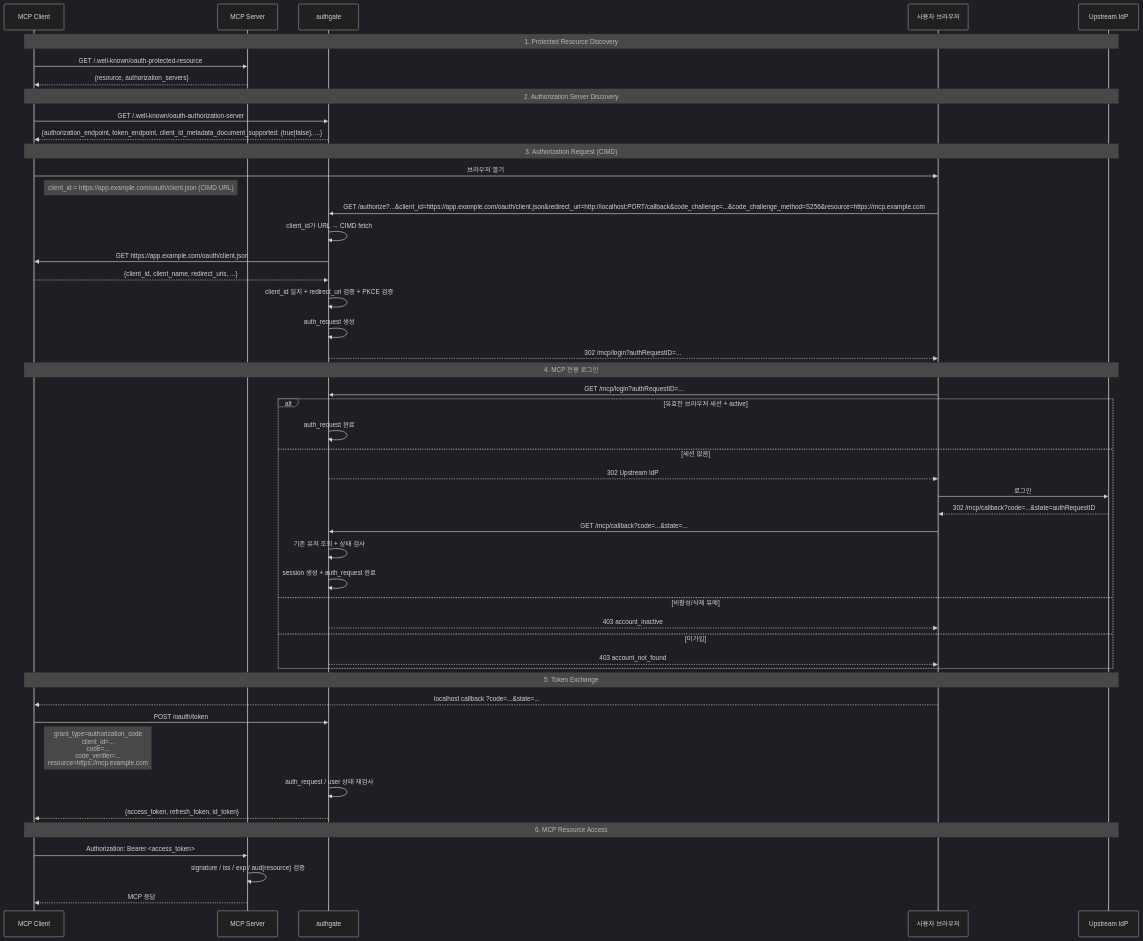
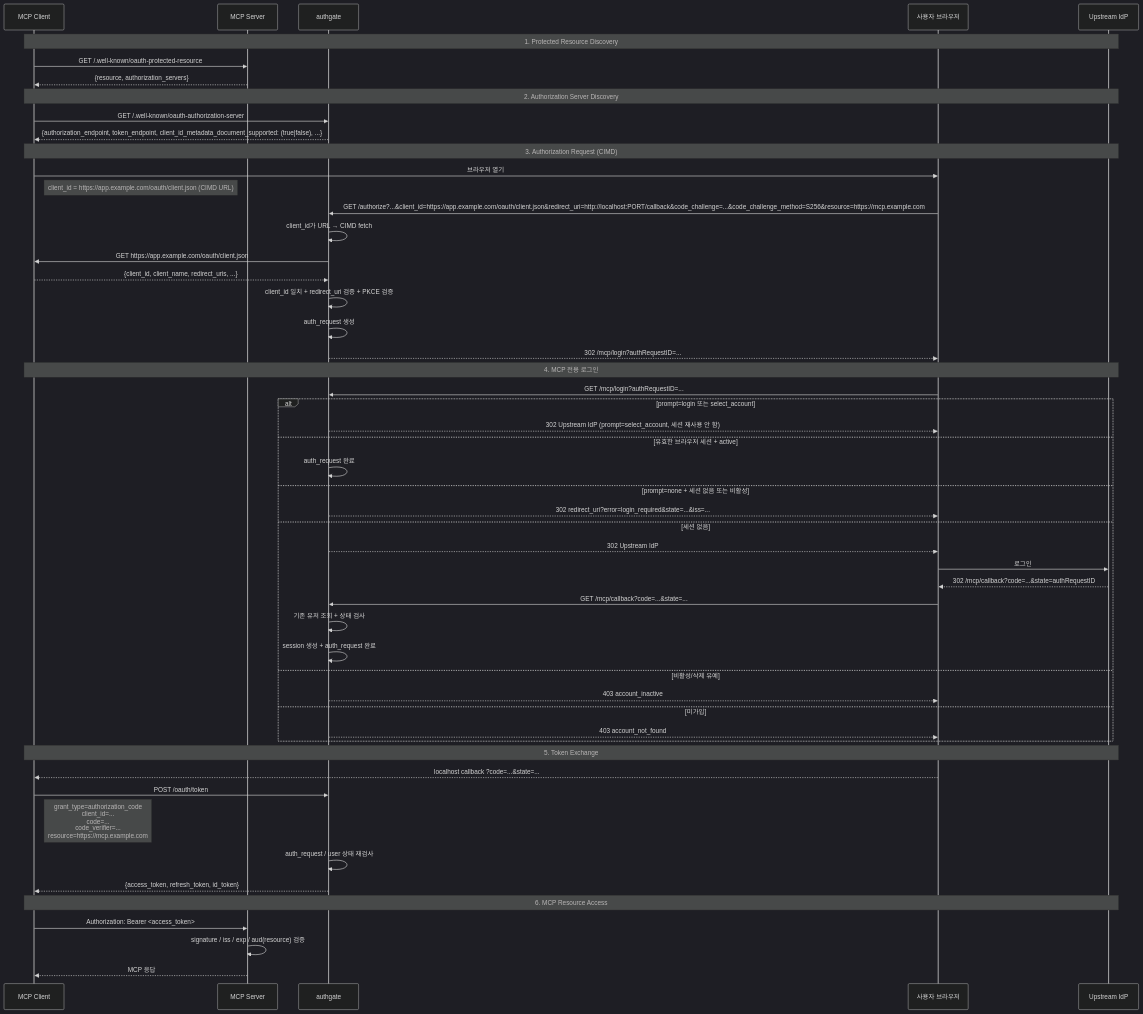
Before and after one commit to cagojeiger/authgate: the diagram in docs/spec/004-mcp-login.md, drawn with Mermaid (dark theme). The commit also changed other lines of this file and 35 other files, not shown here.

````diff
--- a/docs/spec/004-mcp-login.md
+++ b/docs/spec/004-mcp-login.md
@@ -158,56 +158,60 @@
 ```mermaid
 sequenceDiagram
     participant C as MCP Client
     participant R as MCP Server
     participant AG as authgate
     participant U as 사용자 브라우저
     participant G as Upstream IdP
 
     Note over C,G: 1. Protected Resource Discovery
     C->>R: GET /.well-known/oauth-protected-resource
     R-->>C: {resource, authorization_servers}
 
     Note over C,G: 2. Authorization Server Discovery
     C->>AG: GET /.well-known/oauth-authorization-server
     AG-->>C: {authorization_endpoint, token_endpoint, client_id_metadata_document_supported: (true|false), ...}
 
     Note over C,G: 3. Authorization Request (CIMD)
     C->>U: 브라우저 열기
     Note right of C: client_id = https://app.example.com/oauth/client.json (CIMD URL)
     U->>AG: GET /authorize?...&client_id=https://app.example.com/oauth/client.json&redirect_uri=http://localhost:PORT/callback&code_challenge=...&code_challenge_method=S256&resource=https://mcp.example.com
     AG->>AG: client_id가 URL → CIMD fetch
     AG->>C: GET https://app.example.com/oauth/client.json
     C-->>AG: {client_id, client_name, redirect_uris, ...}
     AG->>AG: client_id 일치 + redirect_uri 검증 + PKCE 검증
     AG->>AG: auth_request 생성
     AG-->>U: 302 /mcp/login?authRequestID=...
 
     Note over C,G: 4. MCP 전용 로그인
     U->>AG: GET /mcp/login?authRequestID=...
-    alt 유효한 브라우저 세션 + active
+    alt prompt=login 또는 select_account
+        AG-->>U: 302 Upstream IdP (prompt=select_account, 세션 재사용 안 함)
+    else 유효한 브라우저 세션 + active
         AG->>AG: auth_request 완료
+    else prompt=none + 세션 없음 또는 비활성
+        AG-->>U: 302 redirect_uri?error=login_required&state=...&iss=...
     else 세션 없음
         AG-->>U: 302 Upstream IdP
         U->>G: 로그인
         G-->>U: 302 /mcp/callback?code=...&state=authRequestID
         U->>AG: GET /mcp/callback?code=...&state=...
         AG->>AG: 기존 유저 조회 + 상태 검사
         AG->>AG: session 생성 + auth_request 완료
     else 비활성/삭제 유예
         AG-->>U: 403 account_inactive
     else 미가입
         AG-->>U: 403 account_not_found
     end
 
     Note over C,G: 5. Token Exchange
     U-->>C: localhost callback ?code=...&state=...
     C->>AG: POST /oauth/token
     Note right of C: grant_type=authorization_code<br/>client_id=...<br/>code=...<br/>code_verifier=...<br/>resource=https://mcp.example.com
     AG->>AG: auth_request / user 상태 재검사
     AG-->>C: {access_token, refresh_token, id_token}
 
     Note over C,G: 6. MCP Resource Access
     C->>R: Authorization: Bearer <access_token>
     R->>R: signature / iss / exp / aud(resource) 검증
     R-->>C: MCP 응답
 ```
````
